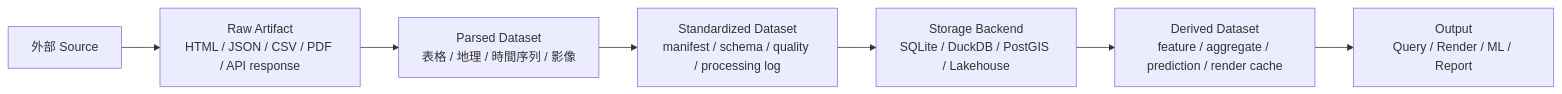
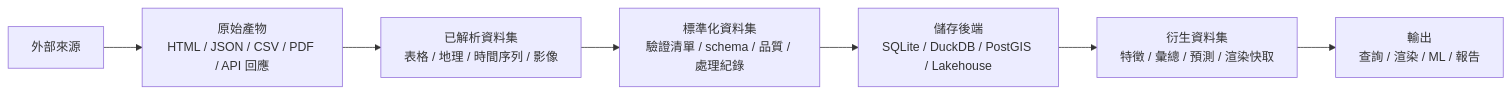
One commit to YanAnnLu/APIkeys_collection changed the first of 6 diagrams in docs/DATA_ASSET_PLATFORM_CONCEPTS.zh-TW.md. Above: the diagram before and after it, drawn with Mermaid. The commit also changed other lines of this file and 17 other files, not shown here.

````diff
--- a/docs/DATA_ASSET_PLATFORM_CONCEPTS.zh-TW.md
+++ b/docs/DATA_ASSET_PLATFORM_CONCEPTS.zh-TW.md
@@ -82,9 +82,9 @@
 ```mermaid
 flowchart LR
-    A[外部 Source] --> B[Raw Artifact<br/>HTML / JSON / CSV / PDF / API response]
-    B --> C[Parsed Dataset<br/>表格 / 地理 / 時間序列 / 影像]
-    C --> D[Standardized Dataset<br/>manifest / schema / quality / processing log]
-    D --> E[Storage Backend<br/>SQLite / DuckDB / PostGIS / Lakehouse]
-    E --> F[Derived Dataset<br/>feature / aggregate / prediction / render cache]
-    F --> G[Output<br/>Query / Render / ML / Report]
+    A[外部來源] --> B[原始產物<br/>HTML / JSON / CSV / PDF / API 回應]
+    B --> C[已解析資料集<br/>表格 / 地理 / 時間序列 / 影像]
+    C --> D[標準化資料集<br/>驗證清單 / schema / 品質 / 處理紀錄]
+    D --> E[儲存後端<br/>SQLite / DuckDB / PostGIS / Lakehouse]
+    E --> F[衍生資料集<br/>特徵 / 彙總 / 預測 / 渲染快取]
+    F --> G[輸出<br/>查詢 / 渲染 / ML / 報告]
 ```
````
